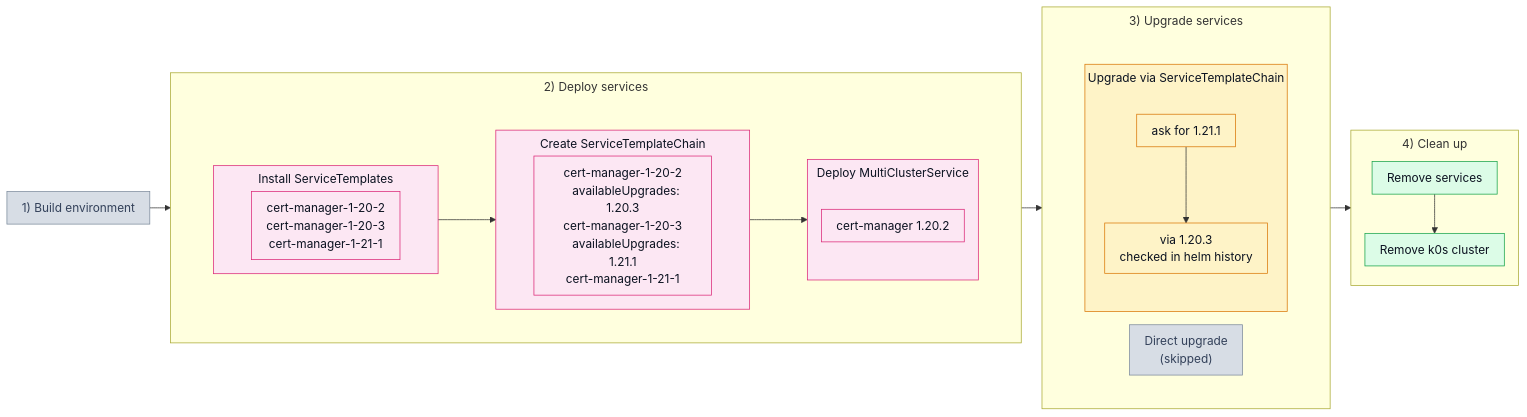
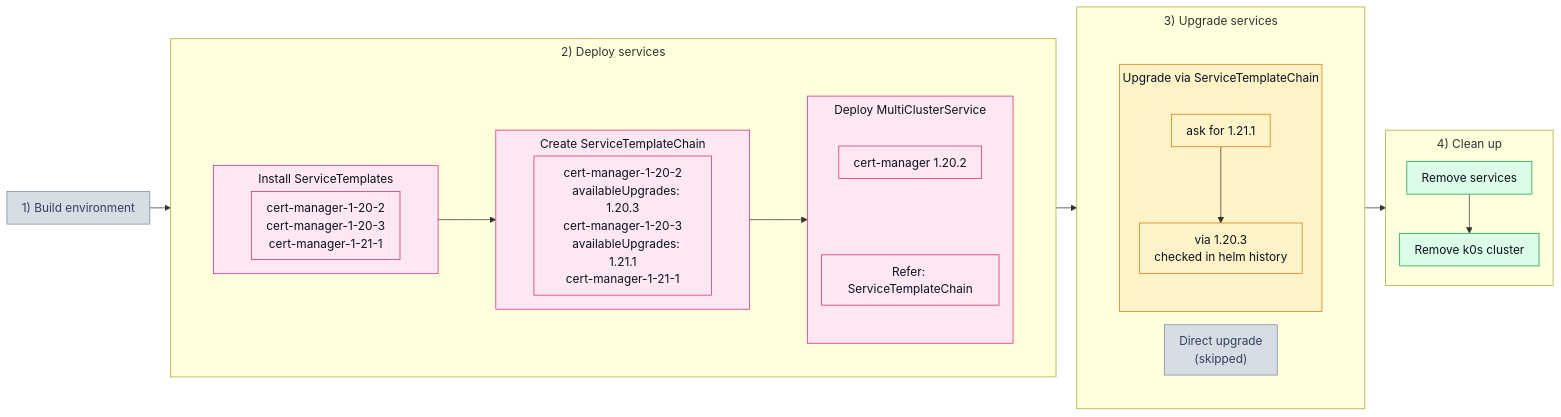
Before and after one commit to josef-hak/ksm-tests: the diagram in test_scenarios/504_stepwise_chain.md, drawn with Mermaid. The commit also changed 2 other files, not shown here.

Commit message:
docs: name the chain the MCS refers to in the deploy box

````diff
--- a/test_scenarios/504_stepwise_chain.md
+++ b/test_scenarios/504_stepwise_chain.md
@@ -16,55 +16,55 @@
 ```mermaid
 %%{init: {'flowchart': {'padding': 10, 'nodeSpacing': 18, 'rankSpacing': 28, 'subGraphTitleMargin': {'top': 6, 'bottom': 10}}}}%%
 flowchart LR
     P1["1) Build environment"]
 
     subgraph P2["2) Deploy services"]
         subgraph W2[" "]
             direction LR
             subgraph D1["Install ServiceTemplates"]
                 T1["cert-manager-1-20-2<br/>cert-manager-1-20-3<br/>cert-manager-1-21-1"]
             end
 
             subgraph D3["Create ServiceTemplateChain"]
                 H1["cert-manager-1-20-2<br/>&nbsp;&nbsp;&nbsp;availableUpgrades: 1.20.3<br/>cert-manager-1-20-3<br/>&nbsp;&nbsp;&nbsp;availableUpgrades: 1.21.1<br/>cert-manager-1-21-1"]
             end
 
             subgraph D2["Deploy MultiClusterService"]
                 direction TB
-                M1["cert-manager 1.20.2"]
+                M1["cert-manager 1.20.2"] ~~~ R1["Refer: ServiceTemplateChain"]
             end
 
             D1 --> D3 --> D2
         end
     end
 
     subgraph P3["3) Upgrade services"]
         subgraph W3[" "]
             direction LR
             U1["Direct upgrade<br/>(skipped)"]
 
             subgraph U2["Upgrade via ServiceTemplateChain"]
                 direction TB
                 S1["ask for 1.21.1"] --> S2["via 1.20.3<br/>checked in helm history"]
             end
         end
     end
 
     subgraph P4["4) Clean up"]
         C1["Remove services"] --> C2["Remove k0s cluster"]
     end
 
     P1 --> P2 --> P3 --> P4
 
     classDef off fill:#d7dde5,stroke:#7c8a9c,color:#33415a
     classDef pink fill:#fce7f3,stroke:#db2777,color:#0b1220
     classDef amber fill:#fef3c7,stroke:#d97706,color:#0b1220
     classDef green fill:#dcfce7,stroke:#16a34a,color:#0b1220
     classDef bare fill:none,stroke:none
 
     class P1,U1 off
-    class D1,D2,D3,T1,H1,M1 pink
+    class D1,D2,D3,T1,H1,M1,R1 pink
     class U2,S1,S2 amber
     class C1,C2 green
     class W2,W3 bare
 ```
````
